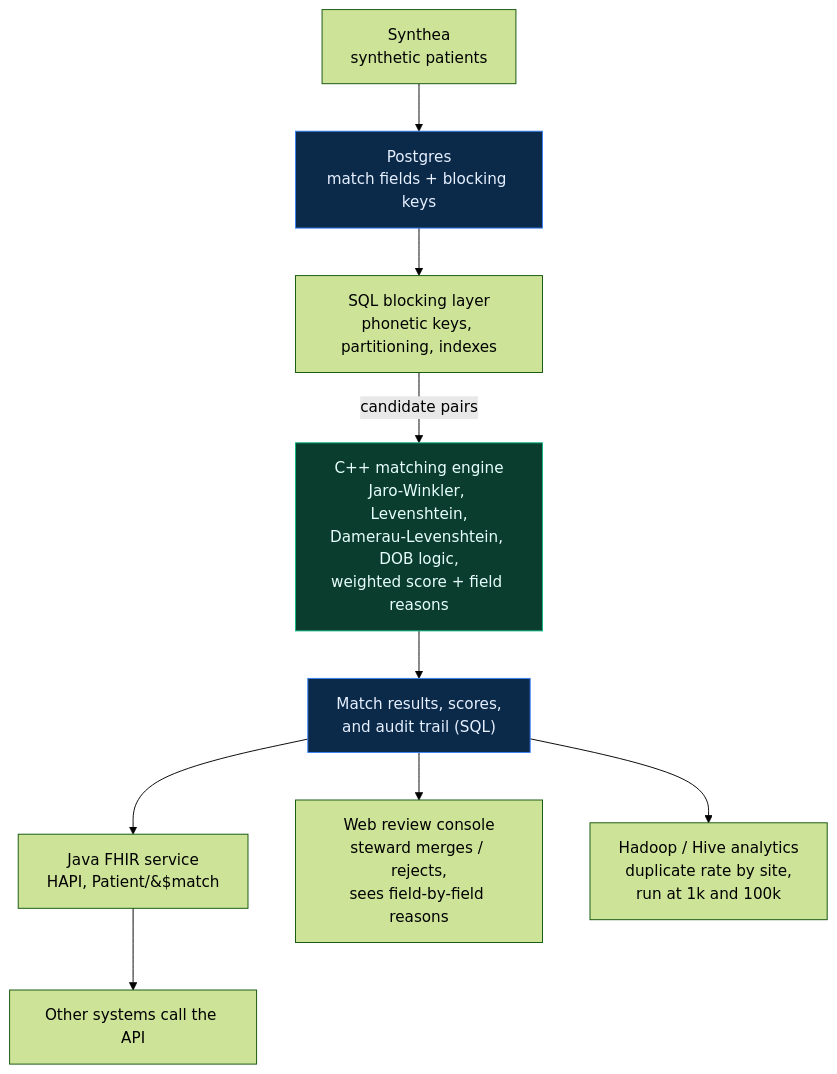
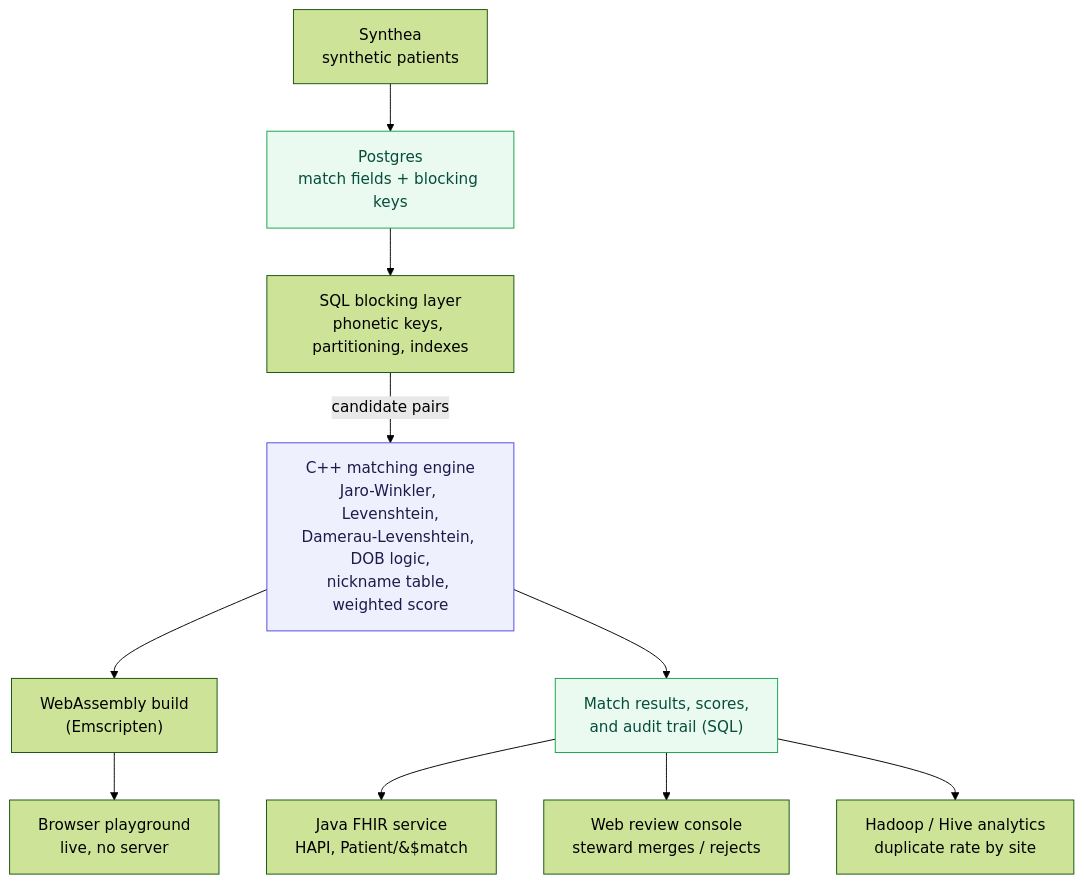
The diagram in README.md (royalgillz/PatientDedupe), drawn with Mermaid (forest theme) before and after one commit. The commit also changed other lines of this file and 53 other files, not shown here.

Commit message:
Add C++ matching engine, WebAssembly build, and matching playground

````diff
--- a/README.md
+++ b/README.md
@@ -82,16 +68,17 @@
 ```mermaid
 flowchart TD
     A["Synthea<br/>synthetic patients"] --> B["Postgres<br/>match fields + blocking keys"]
     B --> C["SQL blocking layer<br/>phonetic keys, partitioning, indexes"]
-    C -->|candidate pairs| D["C++ matching engine<br/>Jaro-Winkler, Levenshtein,<br/>Damerau-Levenshtein, DOB logic,<br/>weighted score + field reasons"]
+    C -->|candidate pairs| D["C++ matching engine<br/>Jaro-Winkler, Levenshtein,<br/>Damerau-Levenshtein, DOB logic,<br/>nickname table, weighted score"]
+    D --> W["WebAssembly build<br/>(Emscripten)"]
+    W --> P["Browser playground<br/>live, no server"]
     D --> E["Match results, scores,<br/>and audit trail (SQL)"]
     E --> F["Java FHIR service<br/>HAPI, Patient/&#36;match"]
-    E --> G["Web review console<br/>steward merges / rejects,<br/>sees field-by-field reasons"]
-    E --> H["Hadoop / Hive analytics<br/>duplicate rate by site,<br/>run at 1k and 100k"]
-    F --> I["Other systems call the API"]
+    E --> G["Web review console<br/>steward merges / rejects"]
+    E --> H["Hadoop / Hive analytics<br/>duplicate rate by site"]
 
-    classDef core fill:#0b3d2e,stroke:#10b981,color:#e6fffa;
-    classDef data fill:#0b2a4a,stroke:#3b82f6,color:#e6f0ff;
+    classDef core fill:#eef0fe,stroke:#4f46e5,color:#1e1b4b;
+    classDef data fill:#eafaf1,stroke:#15a34a,color:#064e3b;
     class D core;
     class B,E data;
 ```
````
